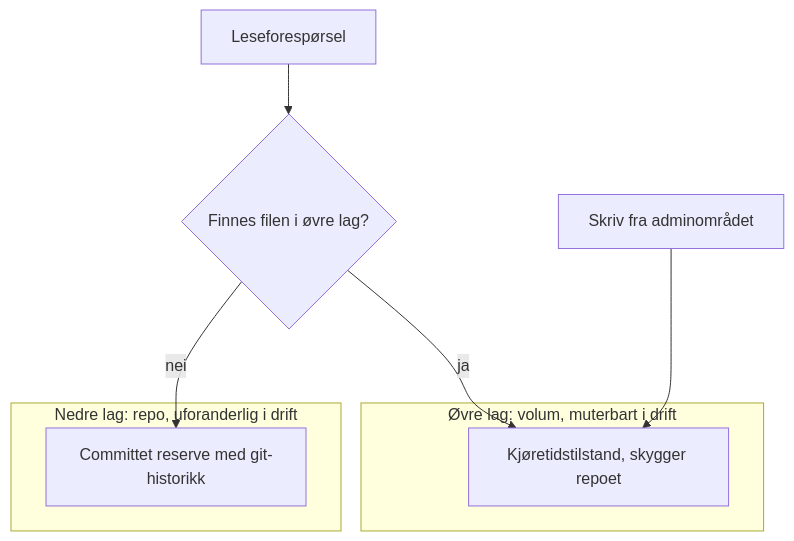
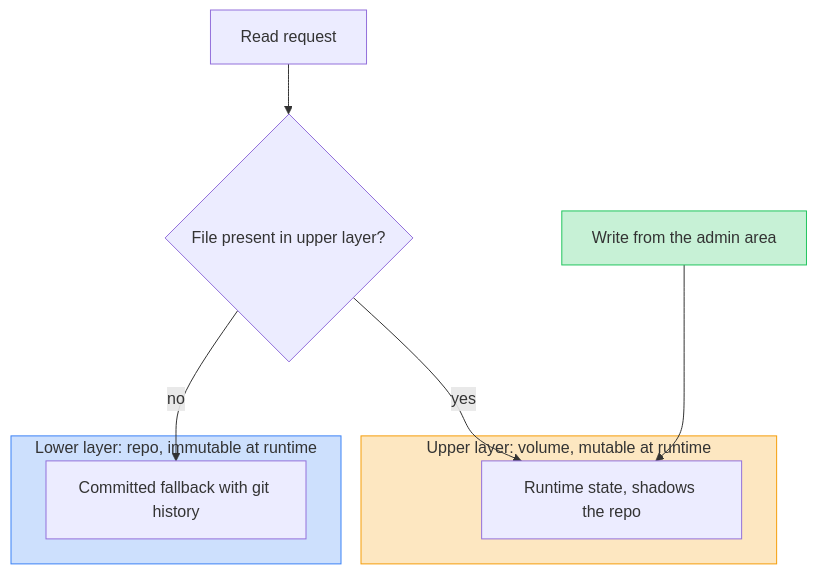
The second of 6 diagrams in README.md (TIHLDE/Fondet), drawn with Mermaid before and after one commit. The commit also changed other lines of this file, not shown here.

Commit message:
docs: translate README diagrams to English and add semantic colors

````diff
--- a/README.md
+++ b/README.md
@@ -66,13 +70,19 @@
 ```mermaid
 flowchart TD
-    R[Leseforespørsel] --> V{Finnes filen i øvre lag?}
-    subgraph L1 [Øvre lag: volum, muterbart i drift]
-        VOL[Kjøretidstilstand, skygger repoet]
+    R[Read request] --> V{File present in upper layer?}
+    subgraph L1 [Upper layer: volume, mutable at runtime]
+        VOL[Runtime state, shadows the repo]
     end
-    subgraph L2 [Nedre lag: repo, uforanderlig i drift]
-        REPO[Committet reserve med git-historikk]
+    subgraph L2 [Lower layer: repo, immutable at runtime]
+        REPO[Committed fallback with git history]
     end
-    V -->|ja| VOL
-    V -->|nei| REPO
-    W[Skriv fra adminområdet] --> VOL
+    V -->|yes| VOL
+    V -->|no| REPO
+    W[Write from the admin area] --> VOL
+    classDef upper fill:#f59e0b40,stroke:#f59e0b
+    classDef lower fill:#3b82f640,stroke:#3b82f6
+    classDef write fill:#22c55e40,stroke:#22c55e
+    class L1 upper
+    class L2 lower
+    class W write
 ```
````
